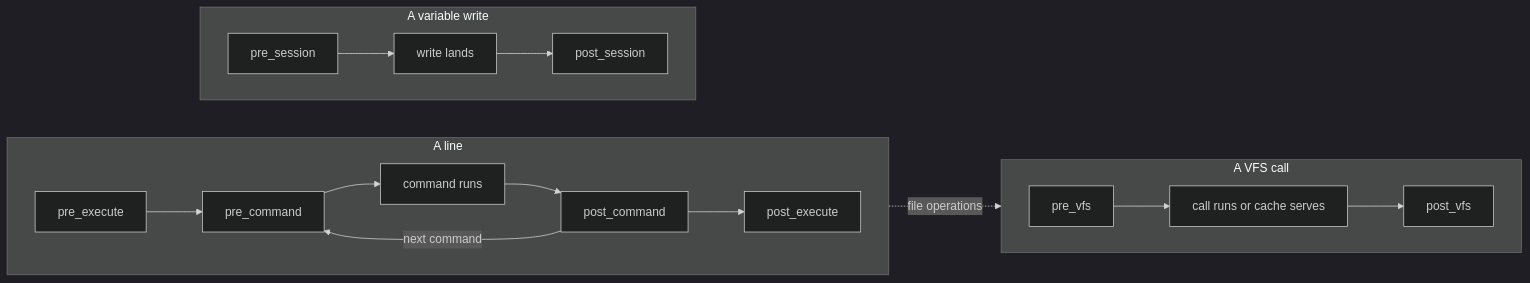
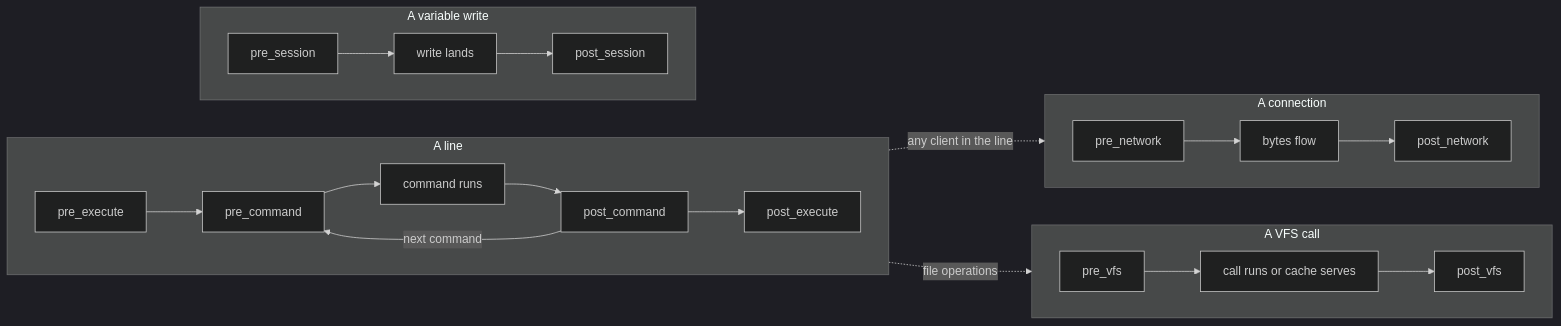
One commit to strukto-ai/mirage changed the diagram in docs/home/policy/policies.mdx. Above: the diagram before and after it, drawn with Mermaid (dark theme). The commit also changed other lines of this file and 116 other files, not shown here.

Commit message:
Network lists, one gateway for pre/post_network, streamed curl and wget (#1980)

````diff
--- a/docs/home/policy/policies.mdx
+++ b/docs/home/policy/policies.mdx
@@ -70,17 +70,22 @@
 ```mermaid
 flowchart LR
     subgraph line["A line"]
         direction LR
         PE["pre_execute"] --> PC["pre_command"] --> Run["command runs"] --> PoC["post_command"] --> PoE["post_execute"]
         PoC -- "next command" --> PC
     end
     subgraph call["A VFS call"]
         direction LR
         PV["pre_vfs"] --> Op["call runs or cache serves"] --> PoV["post_vfs"]
     end
     Run -. file operations .-> PV
     subgraph write["A variable write"]
         direction LR
         PS["pre_session"] --> Land["write lands"] --> PoS["post_session"]
     end
+    subgraph connection["A connection"]
+        direction LR
+        PN["pre_network"] --> Send["bytes flow"] --> PoN["post_network"]
+    end
+    Run -. any client in the line .-> PN
 ```
````
